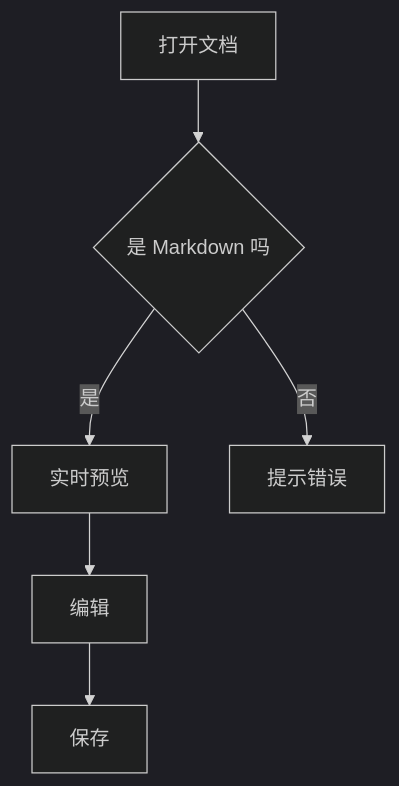
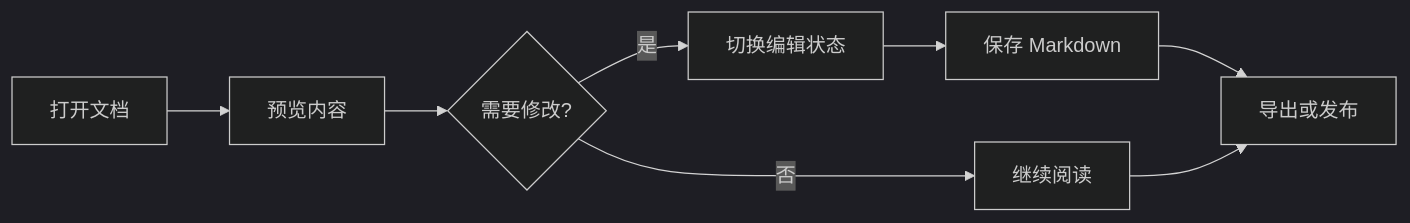
One commit to likehao19/InkNote changed the first of 2 diagrams in InkNote/sample.md. Above: the diagram before and after it, drawn with Mermaid (dark theme). The commit also changed other lines of this file and 45 other files, not shown here.

````diff
--- a/InkNote/sample.md
+++ b/InkNote/sample.md
@@ -224,8 +150,10 @@
 ```mermaid
-graph TD
-    A[打开文档] --> B{是 Markdown 吗}
-    B -->|是| C[实时预览]
-    B -->|否| D[提示错误]
-    C --> E[编辑]
-    E --> F[保存]
+flowchart LR
+    A[打开文档] --> B[预览内容]
+    B --> C{需要修改?}
+    C -->|是| D[切换编辑状态]
+    D --> E[保存 Markdown]
+    C -->|否| F[继续阅读]
+    E --> G[导出或发布]
+    F --> G
 ```
````
